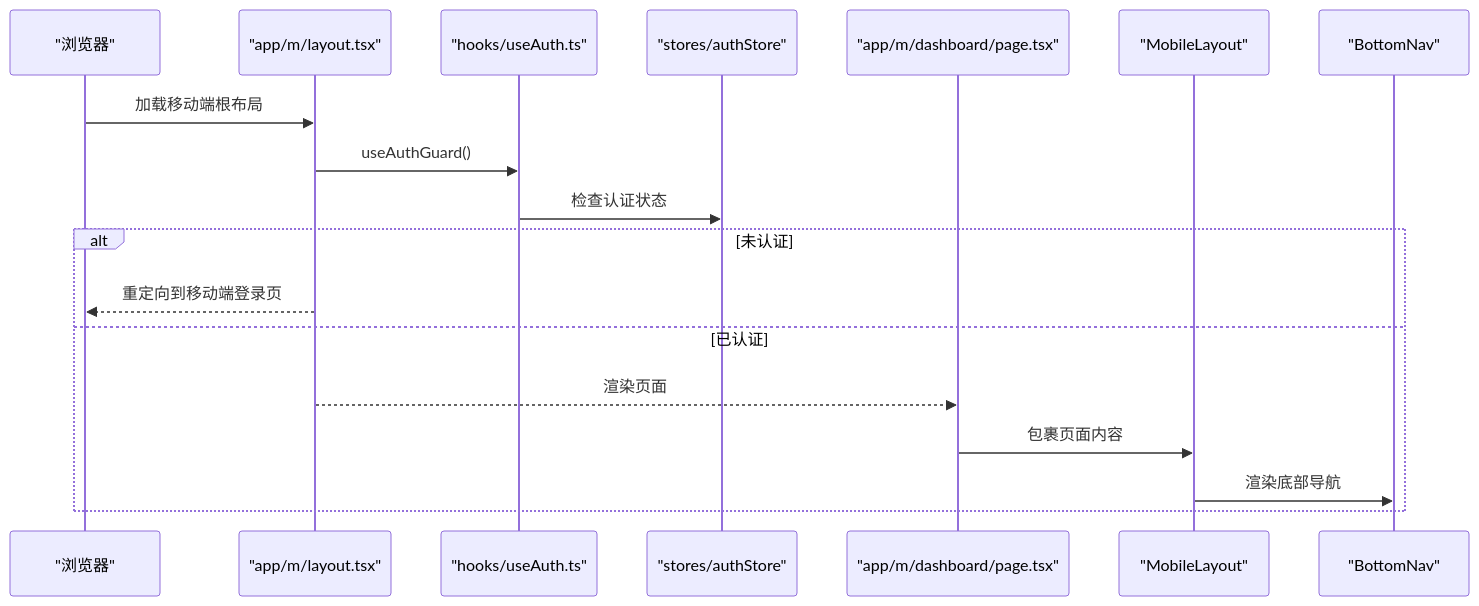
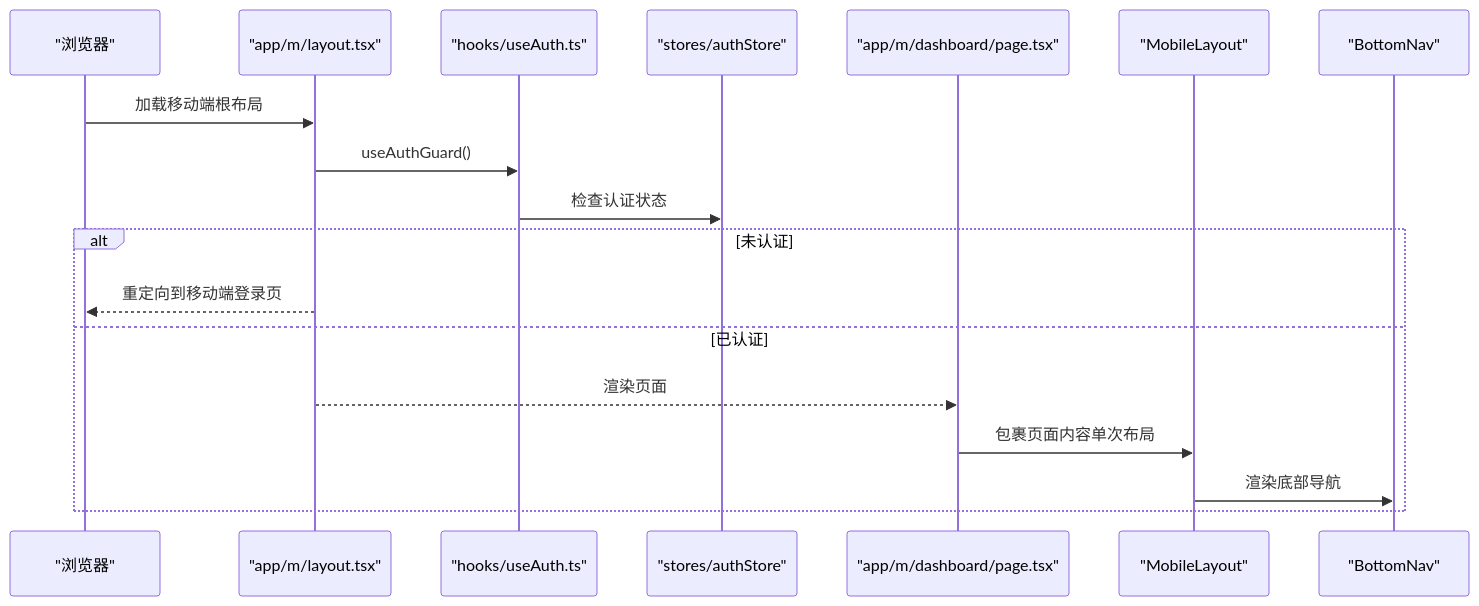
Before and after one commit to gujialind/InvestRing: the second of 6 diagrams in .qoder/repowiki/zh/content/前端应用架构/组件系统架构/移动端组件.md, drawn with Mermaid. The commit also changed other lines of this file and 32 other files, not shown here.

````diff
--- a/.qoder/repowiki/zh/content/前端应用架构/组件系统架构/移动端组件.md
+++ b/.qoder/repowiki/zh/content/前端应用架构/组件系统架构/移动端组件.md
@@ -140,20 +119,20 @@
 ```mermaid
 sequenceDiagram
 participant Browser as "浏览器"
 participant Root as "app/m/layout.tsx"
 participant AuthHook as "hooks/useAuth.ts"
 participant Store as "stores/authStore"
 participant Page as "app/m/dashboard/page.tsx"
 participant ML as "MobileLayout"
 participant BN as "BottomNav"
 Browser->>Root : 加载移动端根布局
 Root->>AuthHook : useAuthGuard()
 AuthHook->>Store : 检查认证状态
 alt 未认证
 Root-->>Browser : 重定向到移动端登录页
 else 已认证
 Root-->>Page : 渲染页面
-Page->>ML : 包裹页面内容
+Page->>ML : 包裹页面内容单次布局
 ML->>BN : 渲染底部导航
 end
 ```
````
